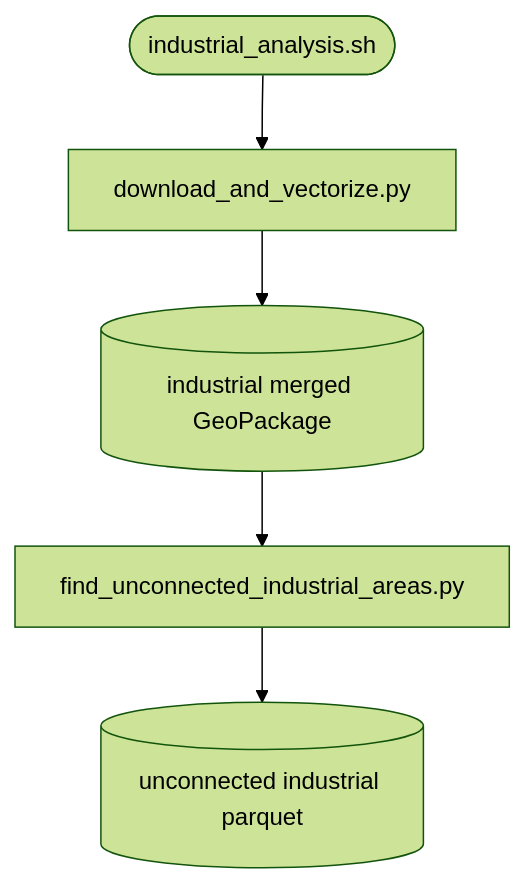
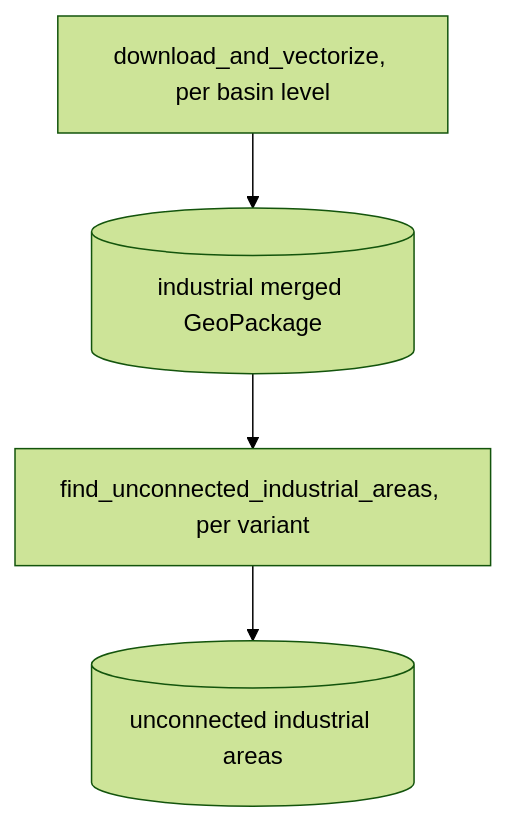
One commit to erennere/Global-WWTP-Service-Zones-and-Risk-Pipeline changed the diagram in wwtp/industrial_analysis/README.md. Above: the diagram before and after it, drawn with Mermaid (forest theme). The commit also changed other lines of this file and 64 other files, not shown here.

````diff
--- a/wwtp/industrial_analysis/README.md
+++ b/wwtp/industrial_analysis/README.md
@@ -29,7 +28,6 @@
 ```mermaid
 graph TD
-  A([industrial_analysis.sh]) --> B[download_and_vectorize.py]
-  B --> C[(industrial merged GeoPackage)]
-  C --> D[find_unconnected_industrial_areas.py]
-  D --> E[(unconnected industrial parquet)]
+  B[download_and_vectorize, per basin level] --> C[(industrial merged GeoPackage)]
+  C --> D[find_unconnected_industrial_areas, per variant]
+  D --> E[(unconnected industrial areas)]
 ```
````
